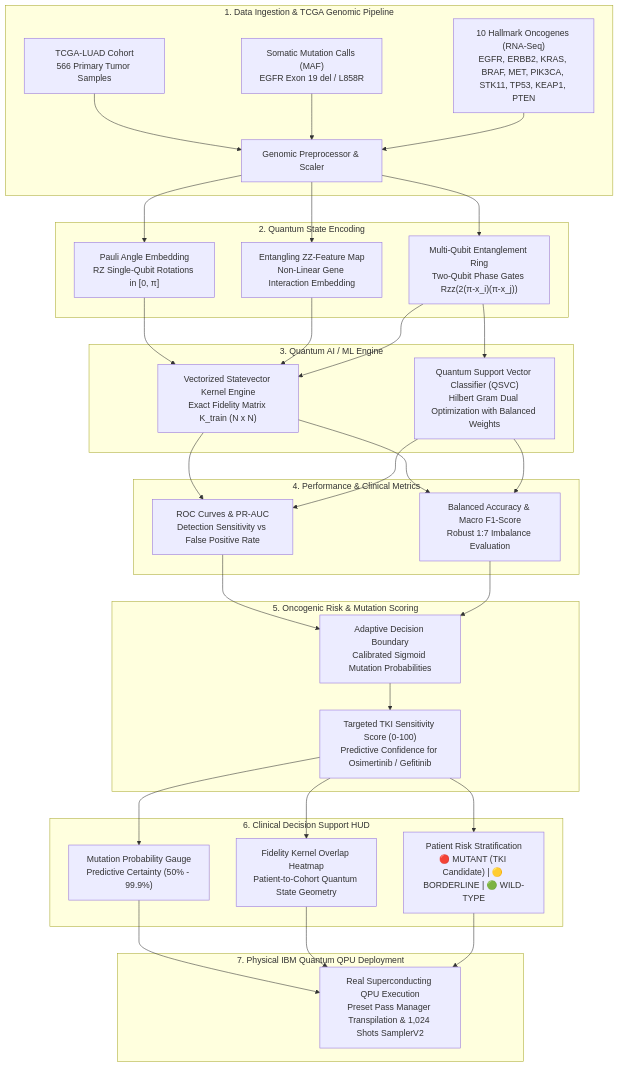
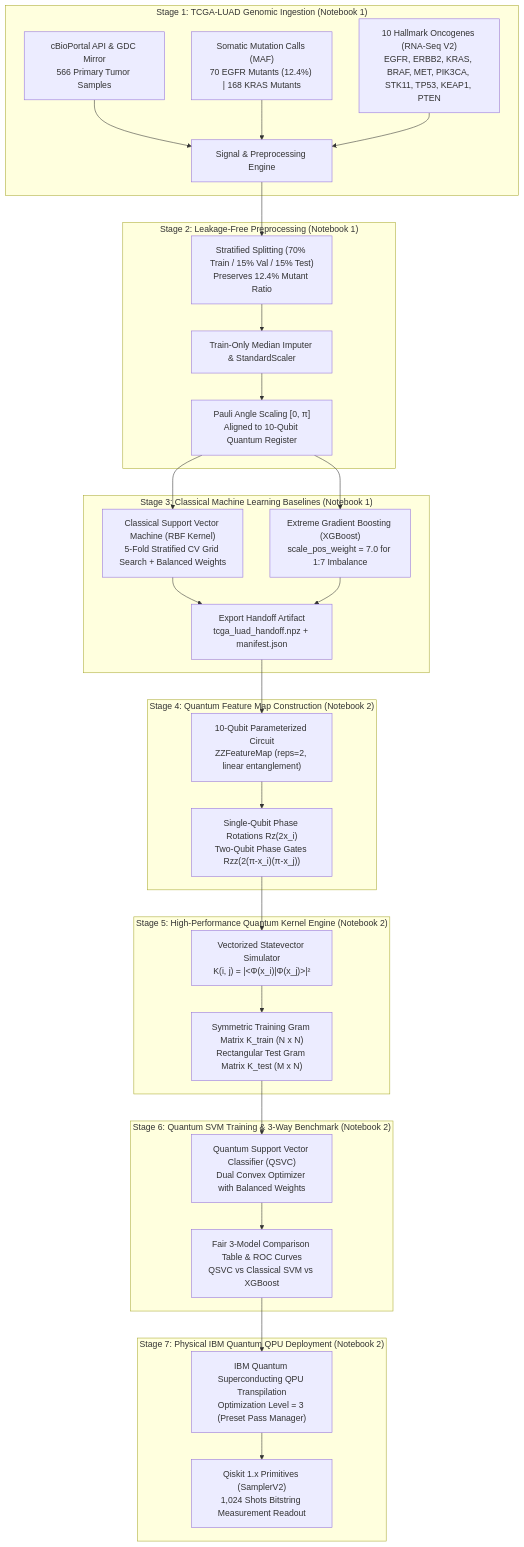
One commit to 25A31A0356/UC086-Quantum-1 changed the diagram in README.md. Above: the diagram before and after it, drawn with Mermaid. The commit also changed other lines of this file, not shown here.

````diff
--- a/README.md
+++ b/README.md
@@ -19,39 +30,40 @@
 ```mermaid
 flowchart TD
-    subgraph S1 ["1. Data Ingestion & TCGA Genomic Pipeline"]
-        A1["TCGA-LUAD Cohort\n566 Primary Tumor Samples"] --> D["Genomic Preprocessor & Scaler"]
-        A2["Somatic Mutation Calls (MAF)\nEGFR Exon 19 del / L858R"] --> D
-        A3["10 Hallmark Oncogenes (RNA-Seq)\nEGFR, ERBB2, KRAS, BRAF, MET, PIK3CA, STK11, TP53, KEAP1, PTEN"] --> D
+    subgraph S1 ["Stage 1: TCGA-LUAD Genomic Ingestion (Notebook 1)"]
+        A1["cBioPortal API & GDC Mirror\n566 Primary Tumor Samples"] --> D["Signal & Preprocessing Engine"]
+        A2["Somatic Mutation Calls (MAF)\n70 EGFR Mutants (12.4%) | 168 KRAS Mutants"] --> D
+        A3["10 Hallmark Oncogenes (RNA-Seq V2)\nEGFR, ERBB2, KRAS, BRAF, MET, PIK3CA, STK11, TP53, KEAP1, PTEN"] --> D
     end
 
-    subgraph S2 ["2. Quantum State Encoding"]
-        D --> B1["Pauli Angle Embedding\nRZ Single-Qubit Rotations in [0, π]"]
-        D --> B2["Entangling ZZ-Feature Map\nNon-Linear Gene Interaction Embedding"]
-        D --> B3["Multi-Qubit Entanglement Ring\nTwo-Qubit Phase Gates Rzz(2(π-x_i)(π-x_j))"]
+    subgraph S2 ["Stage 2: Leakage-Free Preprocessing (Notebook 1)"]
+        D --> B1["Stratified Splitting (70% Train / 15% Val / 15% Test)\nPreserves 12.4% Mutant Ratio"]
+        B1 --> B2["Train-Only Median Imputer & StandardScaler"]
+        B2 --> B3["Pauli Angle Scaling [0, π]\nAligned to 10-Qubit Quantum Register"]
     end
 
-    subgraph S3 ["3. Quantum AI / ML Engine"]
-        B1 & B2 & B3 --> C1["Vectorized Statevector Kernel Engine\nExact Fidelity Matrix K_train (N x N)"]
-        B3 --> C2["Quantum Support Vector Classifier (QSVC)\nHilbert Gram Dual Optimization with Balanced Weights"]
+    subgraph S3 ["Stage 3: Classical Machine Learning Baselines (Notebook 1)"]
+        B3 --> C1["Classical Support Vector Machine (RBF Kernel)\n5-Fold Stratified CV Grid Search + Balanced Weights"]
+        B3 --> C2["Extreme Gradient Boosting (XGBoost)\nscale_pos_weight = 7.0 for 1:7 Imbalance"]
+        C1 & C2 --> C3["Export Handoff Artifact\ntcga_luad_handoff.npz + manifest.json"]
     end
 
-    subgraph S4 ["4. Performance & Clinical Metrics"]
-        C1 & C2 --> E1["ROC Curves & PR-AUC\nDetection Sensitivity vs False Positive Rate"]
-        C1 & C2 --> E2["Balanced Accuracy & Macro F1-Score\nRobust 1:7 Imbalance Evaluation"]
+    subgraph S4 ["Stage 4: Quantum Feature Map Construction (Notebook 2)"]
+        C3 --> E1["10-Qubit Parameterized Circuit\nZZFeatureMap (reps=2, linear entanglement)"]
+        E1 --> E2["Single-Qubit Phase Rotations Rz(2x_i)\nTwo-Qubit Phase Gates Rzz(2(π-x_i)(π-x_j))"]
     end
 
-    subgraph S5 ["5. Oncogenic Risk & Mutation Scoring"]
-        E1 & E2 --> F1["Adaptive Decision Boundary\nCalibrated Sigmoid Mutation Probabilities"]
-        F1 --> F2["Targeted TKI Sensitivity Score (0-100)\nPredictive Confidence for Osimertinib / Gefitinib"]
+    subgraph S5 ["Stage 5: High-Performance Quantum Kernel Engine (Notebook 2)"]
+        E2 --> F1["Vectorized Statevector Simulator\nK(i, j) = |<Φ(x_i)|Φ(x_j)>|²"]
+        F1 --> F2["Symmetric Training Gram Matrix K_train (N x N)\nRectangular Test Gram Matrix K_test (M x N)"]
     end
 
-    subgraph S6 ["6. Clinical Decision Support HUD"]
-        F2 --> G1["Mutation Probability Gauge\nPredictive Certainty (50% - 99.9%)"]
-        F2 --> G2["Fidelity Kernel Overlap Heatmap\nPatient-to-Cohort Quantum State Geometry"]
-        F2 --> G3["Patient Risk Stratification\n🔴 MUTANT (TKI Candidate) | 🟡 BORDERLINE | 🟢 WILD-TYPE"]
+    subgraph S6 ["Stage 6: Quantum SVM Training & 3-Way Benchmark (Notebook 2)"]
+        F2 --> G1["Quantum Support Vector Classifier (QSVC)\nDual Convex Optimizer with Balanced Weights"]
+        G1 --> G2["Fair 3-Model Comparison Table & ROC Curves\nQSVC vs Classical SVM vs XGBoost"]
     end
 
-    subgraph S7 ["7. Physical IBM Quantum QPU Deployment"]
-        G1 & G2 & G3 --> H1["Real Superconducting QPU Execution\nPreset Pass Manager Transpilation & 1,024 Shots SamplerV2"]
+    subgraph S7 ["Stage 7: Physical IBM Quantum QPU Deployment (Notebook 2)"]
+        G2 --> H1["IBM Quantum Superconducting QPU Transpilation\nOptimization Level = 3 (Preset Pass Manager)"]
+        H1 --> H2["Qiskit 1.x Primitives (SamplerV2)\n1,024 Shots Bitstring Measurement Readout"]
     end
 ```
````
